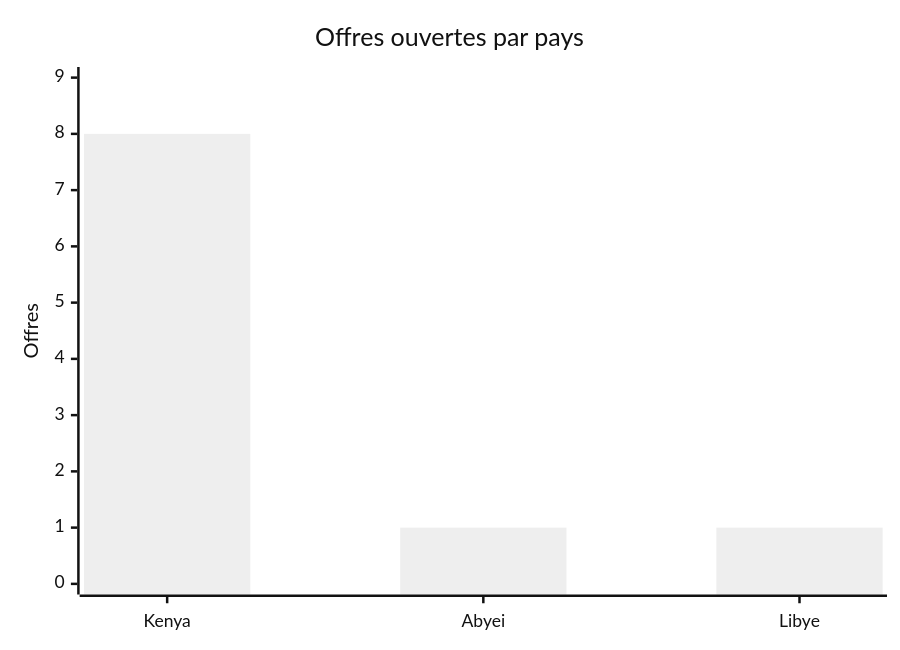
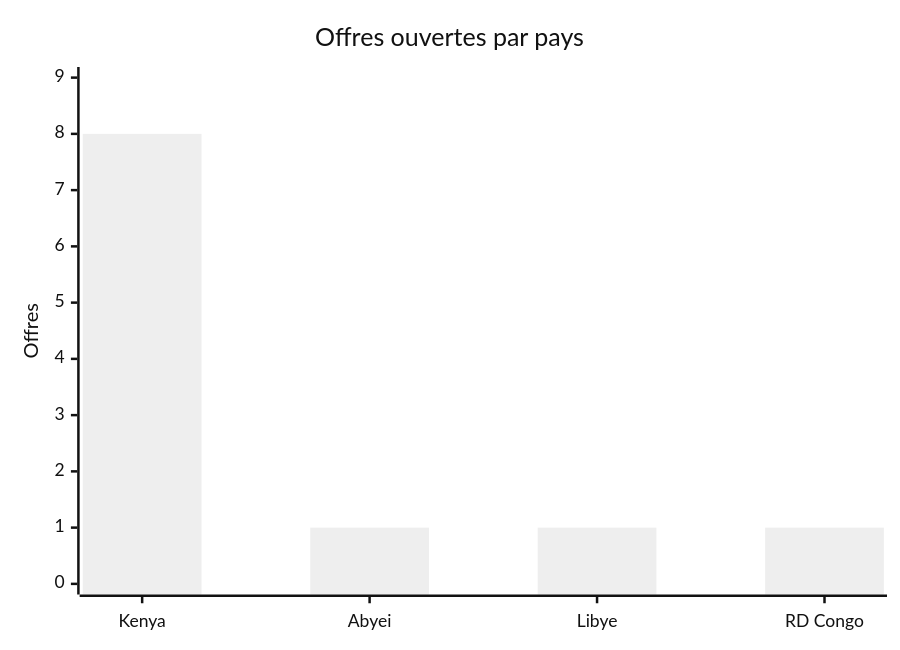
Before and after one commit to Abusooma/offres-tech-africa: the first of 3 diagrams in README.md, drawn with Mermaid (neutral theme). The commit also changed other lines of this file and 2 other files, not shown here.

````diff
--- a/README.md
+++ b/README.md
@@ -71,7 +83,7 @@
 ```mermaid
 xychart-beta
     title "Offres ouvertes par pays"
-    x-axis ["Kenya", "Abyei", "Libye"]
+    x-axis ["Kenya", "Abyei", "Libye", "RD Congo"]
     y-axis "Offres" 0 --> 9
-    bar [8, 1, 1]
+    bar [8, 1, 1, 1]
 ```
````
